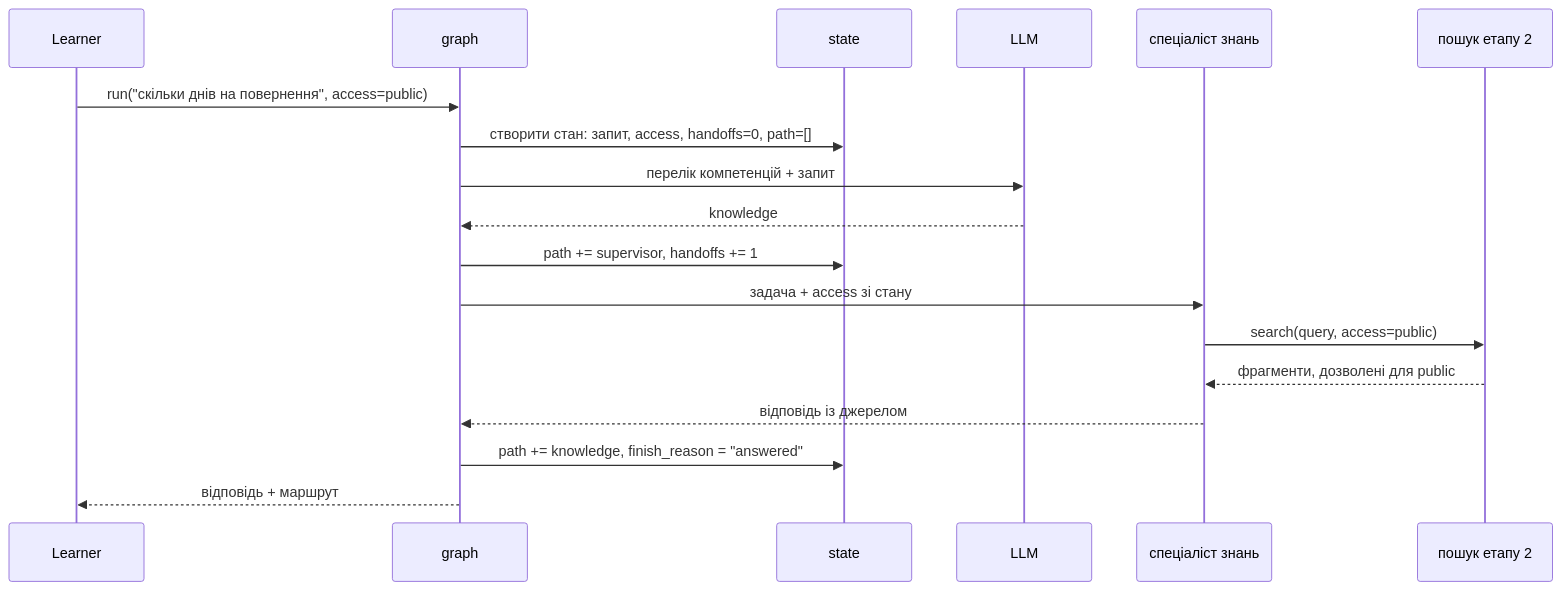
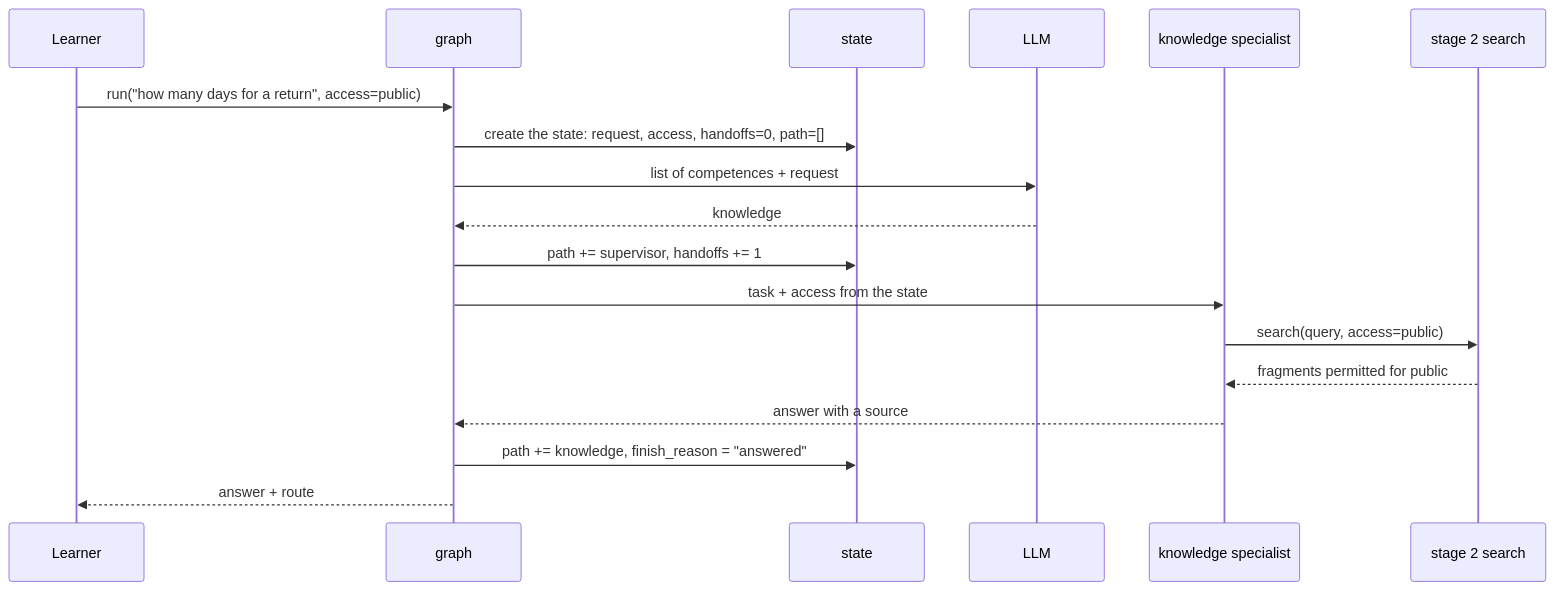
The third of 5 diagrams in docs/features/s03-router/sad.md (AZANIR/agentic-ai), drawn with Mermaid before and after one commit. The commit also changed other lines of this file and 245 other files, not shown here.

````diff
--- a/docs/features/s03-router/sad.md
+++ b/docs/features/s03-router/sad.md
@@ -138,21 +139,21 @@
 ```mermaid
 sequenceDiagram
     participant L as Learner
     participant G as graph
     participant S as state
     participant M as LLM
-    participant K as спеціаліст знань
-    participant R as пошук етапу 2
+    participant K as knowledge specialist
+    participant R as stage 2 search
 
-    L->>G: run("скільки днів на повернення", access=public)
-    G->>S: створити стан: запит, access, handoffs=0, path=[]
-    G->>M: перелік компетенцій + запит
+    L->>G: run("how many days for a return", access=public)
+    G->>S: create the state: request, access, handoffs=0, path=[]
+    G->>M: list of competences + request
     M-->>G: knowledge
     G->>S: path += supervisor, handoffs += 1
-    G->>K: задача + access зі стану
+    G->>K: task + access from the state
     K->>R: search(query, access=public)
-    R-->>K: фрагменти, дозволені для public
-    K-->>G: відповідь із джерелом
+    R-->>K: fragments permitted for public
+    K-->>G: answer with a source
     G->>S: path += knowledge, finish_reason = "answered"
-    G-->>L: відповідь + маршрут
+    G-->>L: answer + route
 ```
````
